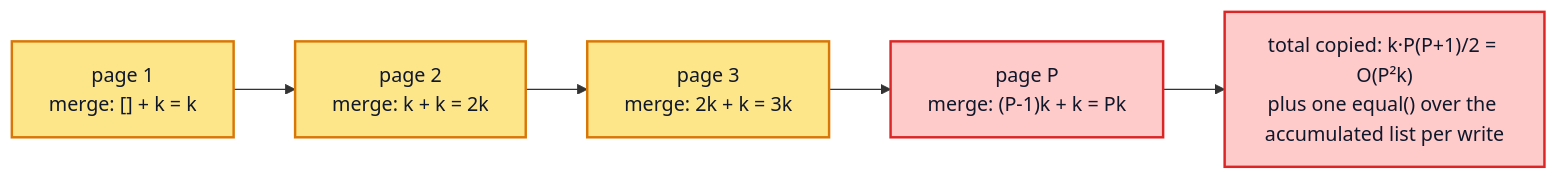
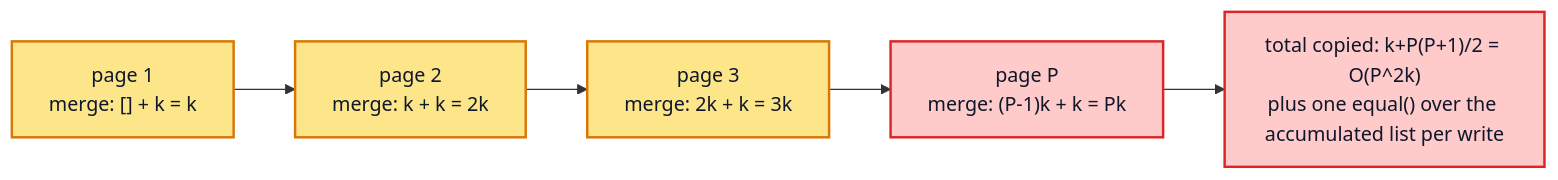
Before and after one commit to convict-git/fast-gql-cache-rs: the fifth of 14 diagrams in docs/apollo-client-inmemory-cache-performance.md, drawn with Mermaid. The commit also changed other lines of this file and 1 other file, not shown here.

First line of the commit message:
docs(cache): replace unicode arrows/dashes/dots in all mermaid diagrams

````diff
--- a/docs/apollo-client-inmemory-cache-performance.md
+++ b/docs/apollo-client-inmemory-cache-performance.md
@@ -438,13 +438,13 @@
 ```mermaid
 flowchart LR
     A["page 1<br/>merge: [] + k = k"]:::write
     B["page 2<br/>merge: k + k = 2k"]:::write
     C["page 3<br/>merge: 2k + k = 3k"]:::write
     D["page P<br/>merge: (P-1)k + k = Pk"]:::dirty
     A --> B --> C --> D
-    T["total copied: k·P(P+1)/2 = O(P²k)<br/>plus one equal() over the accumulated list per write"]:::dirty
+    T["total copied: k+P(P+1)/2 = O(P^2k)<br/>plus one equal() over the accumulated list per write"]:::dirty
     D --> T
 
     classDef write fill:#fde68a,stroke:#d97706,stroke-width:2px,color:#0f172a
     classDef dirty fill:#fecaca,stroke:#dc2626,stroke-width:2px,color:#0f172a
 ```
````
